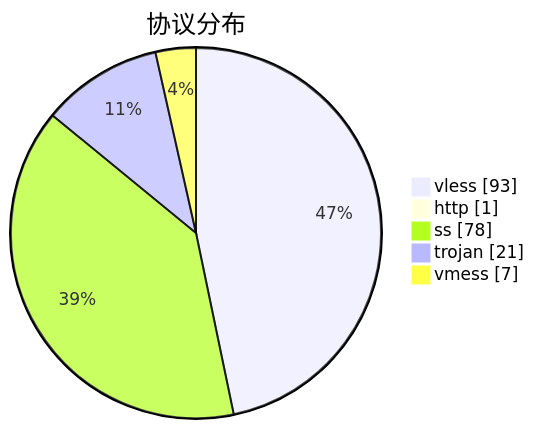
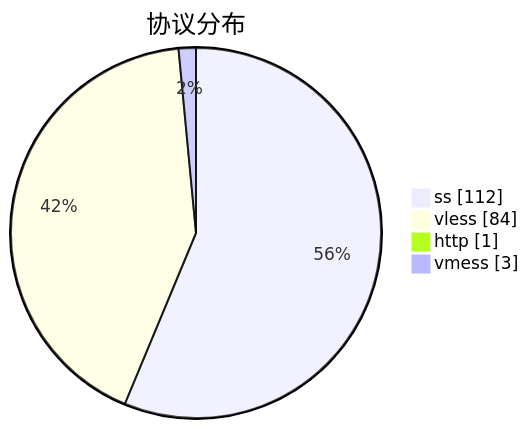
The third of 3 diagrams in subs/statistics/tested_within.md (qjlxg/airport), drawn with Mermaid before and after one commit. The commit also changed other lines of this file and 2 other files, not shown here.

````diff
--- a/subs/statistics/tested_within.md
+++ b/subs/statistics/tested_within.md
@@ -25,9 +25,8 @@
 ```mermaid
 pie showData
 title 协议分布
-"vless" : 93
+"ss" : 112
+"vless" : 84
 "http" : 1
-"ss" : 78
-"trojan" : 21
-"vmess" : 7
+"vmess" : 3
 ```
````
